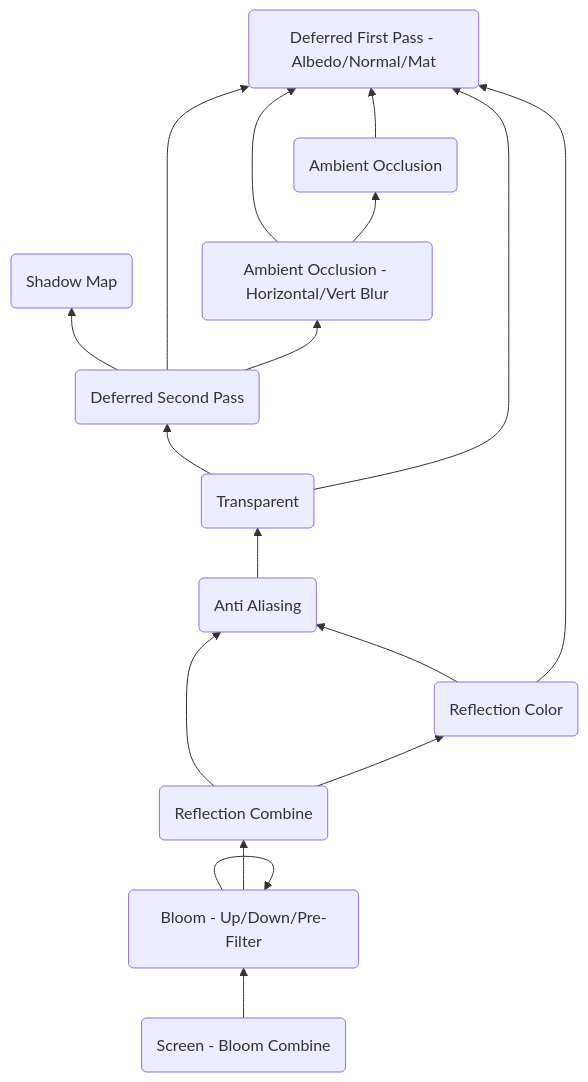
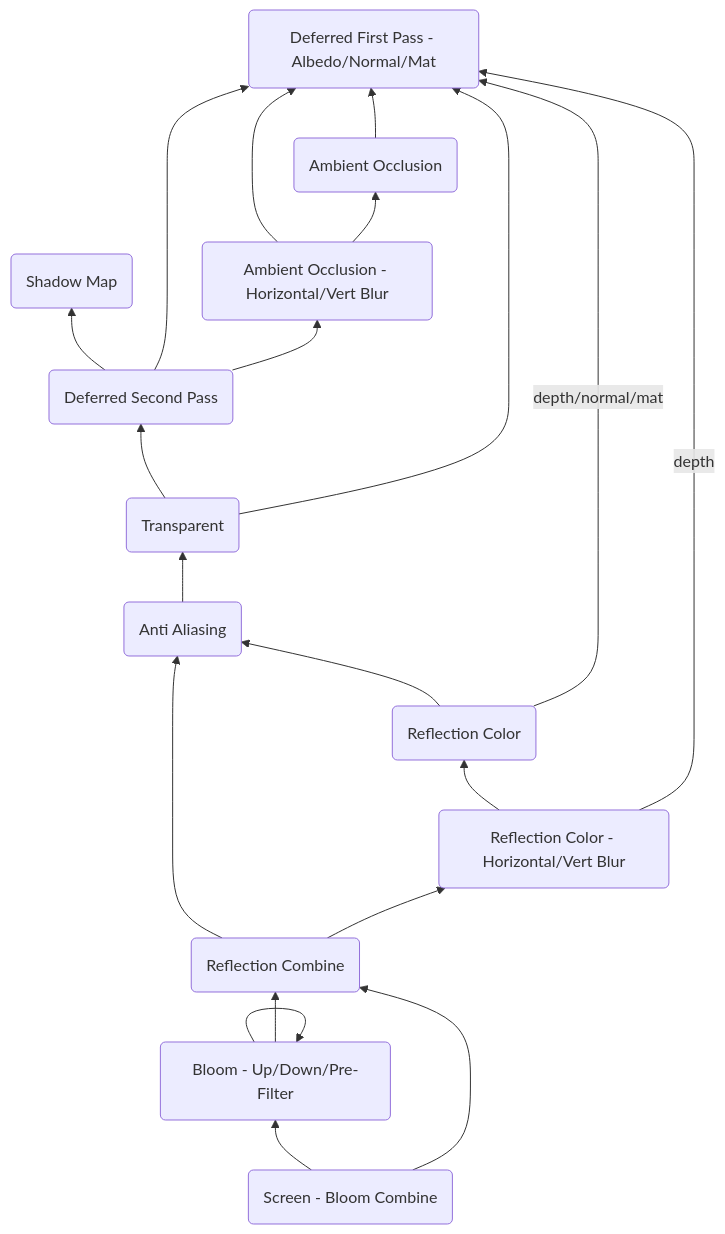
One commit to petitg1987/urchinEngine changed the diagram in 3dEngine/docs/DependencyGraph.md. Above: the diagram before and after it, drawn with Mermaid. The commit also changed 3 other files, not shown here.

Commit message:
Screen Space Reflection - part 19

````diff
--- a/3dEngine/docs/DependencyGraph.md
+++ b/3dEngine/docs/DependencyGraph.md
@@ -3,19 +3,22 @@
 ```mermaid
 graph BT
     Screen(Screen - Bloom Combine) --> Bloom(Bloom - Up/Down/Pre-Filter)
+    Screen --> ReflectionCombine(Reflection Combine)
     Bloom --> Bloom
-    Bloom --> ReflectionCombine(Reflection Combine)
+    Bloom --> ReflectionCombine
     ReflectionCombine --> AntiAliasing(Anti Aliasing)
-    ReflectionCombine --> ReflectionColor(Reflection Color)
+    ReflectionCombine --> ReflectionColorBlur(Reflection Color - Horizontal/Vert Blur)
+    ReflectionColorBlur --> ReflectionColor(Reflection Color)
+    ReflectionColorBlur -->|depth| DeferredFirstPass(Deferred First Pass - Albedo/Normal/Mat)
     ReflectionColor --> AntiAliasing(Anti Aliasing)
-    ReflectionColor --> DeferredFirstPass(Deferred First Pass - Albedo/Normal/Mat)
+    ReflectionColor -->|depth/normal/mat| DeferredFirstPass
     AntiAliasing --> Transparent(Transparent)
     Transparent --> DeferredSecondPass(Deferred Second Pass)
     DeferredSecondPass --> ShadowMap(Shadow Map)
     DeferredSecondPass --> DeferredFirstPass
     Transparent --> DeferredFirstPass
     DeferredSecondPass --> AmbientOcclusionBlur(Ambient Occlusion - Horizontal/Vert Blur)
     AmbientOcclusionBlur --> DeferredFirstPass
     AmbientOcclusionBlur --> AmbientOcclusion(Ambient Occlusion)
     AmbientOcclusion --> DeferredFirstPass
 ```
````
